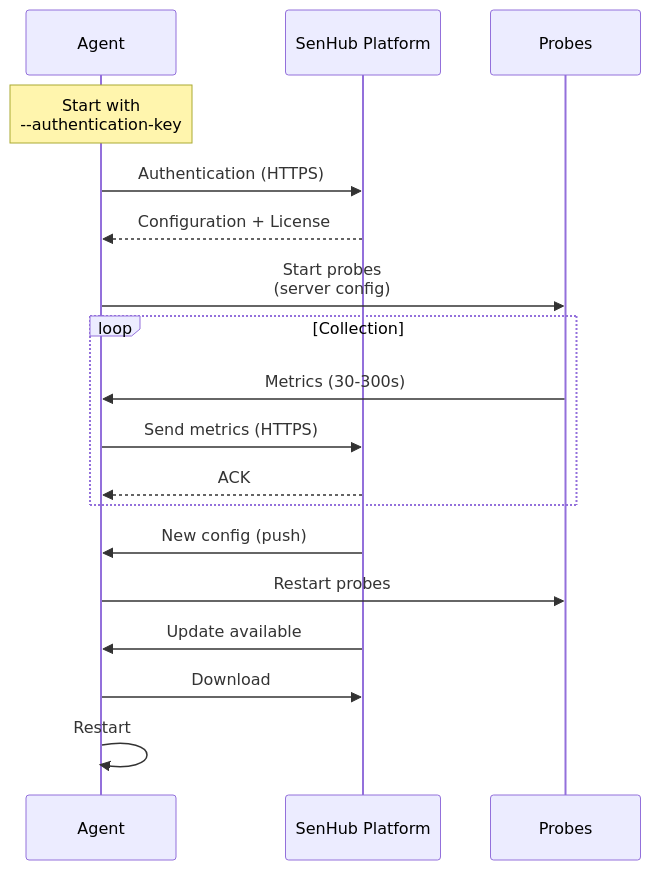
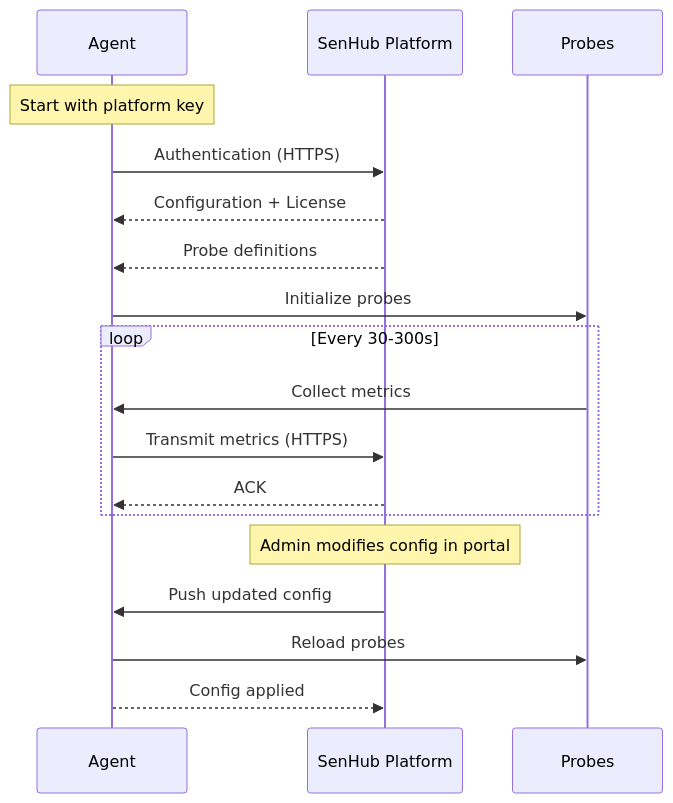
One commit to senhub-io/senhub-agent changed the second of 9 diagrams in docs/user-guide/OPERATING-MODES.md. Above: the diagram before and after it, drawn with Mermaid. The commit also changed other lines of this file and 7 other files, not shown here.

````diff
--- a/docs/user-guide/OPERATING-MODES.md
+++ b/docs/user-guide/OPERATING-MODES.md
@@ -65,26 +91,26 @@
 ```mermaid
 sequenceDiagram
     participant A as Agent
     participant P as SenHub Platform
     participant S as Probes
 
-    Note over A: Start with<br/>--authentication-key
+    Note over A: Start with platform key
 
     A->>P: Authentication (HTTPS)
     P-->>A: Configuration + License
+    P-->>A: Probe definitions
 
-    A->>S: Start probes<br/>(server config)
+    A->>S: Initialize probes
 
-    loop Collection
-        S->>A: Metrics (30-300s)
-        A->>P: Send metrics (HTTPS)
+    loop Every 30-300s
+        S->>A: Collect metrics
+        A->>P: Transmit metrics (HTTPS)
         P-->>A: ACK
     end
 
-    P->>A: New config (push)
-    A->>S: Restart probes
+    Note over P: Admin modifies config in portal
 
-    P->>A: Update available
-    A->>P: Download
-    A->>A: Restart
+    P->>A: Push updated config
+    A->>S: Reload probes
+    A-->>P: Config applied
 ```
````
